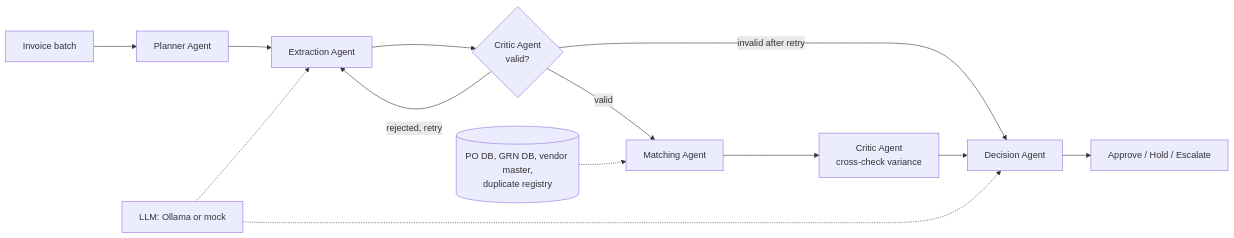
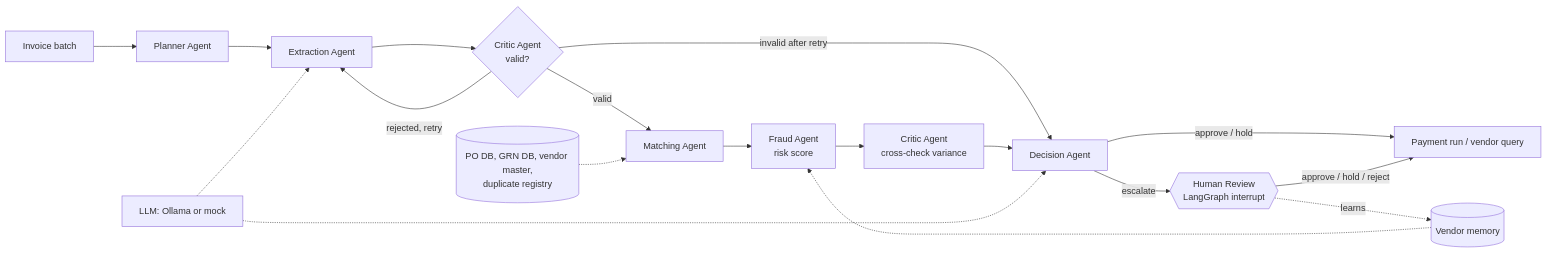
Before and after one commit to Saafalya/invoice_agents: the diagram in README.md, drawn with Mermaid. The commit also changed other lines of this file and 19 other files, not shown here.

First line of the commit message:
Add Fraud Agent, human-in-the-loop review, vendor memory and PDF upload

````diff
--- a/README.md
+++ b/README.md
@@ -27,15 +48,20 @@
 ```mermaid
 flowchart LR
     B[Invoice batch] --> P[Planner Agent]
     P --> E[Extraction Agent]
     E --> C1{Critic Agent<br/>valid?}
     C1 -- rejected, retry --> E
     C1 -- valid --> M[Matching Agent]
     C1 -- invalid after retry --> D
-    M --> C2[Critic Agent<br/>cross-check variance]
+    M --> F[Fraud Agent<br/>risk score]
+    F --> C2[Critic Agent<br/>cross-check variance]
     C2 --> D[Decision Agent]
-    D --> O[Approve / Hold / Escalate]
+    D -- approve / hold --> O[Payment run / vendor query]
+    D -- escalate --> H{{Human Review<br/>LangGraph interrupt}}
+    H -- approve / hold / reject --> O
     T[(PO DB, GRN DB, vendor master,<br/>duplicate registry)] -.-> M
+    VM[(Vendor memory)] -.-> F
+    H -. learns .-> VM
     L[LLM: Ollama or mock] -.-> E
     L -.-> D
 ```
````
